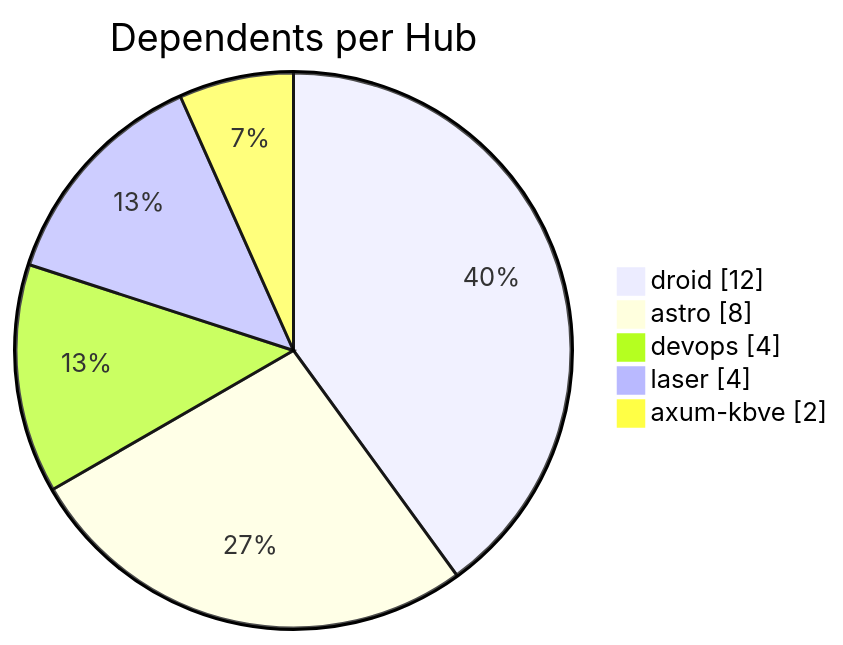
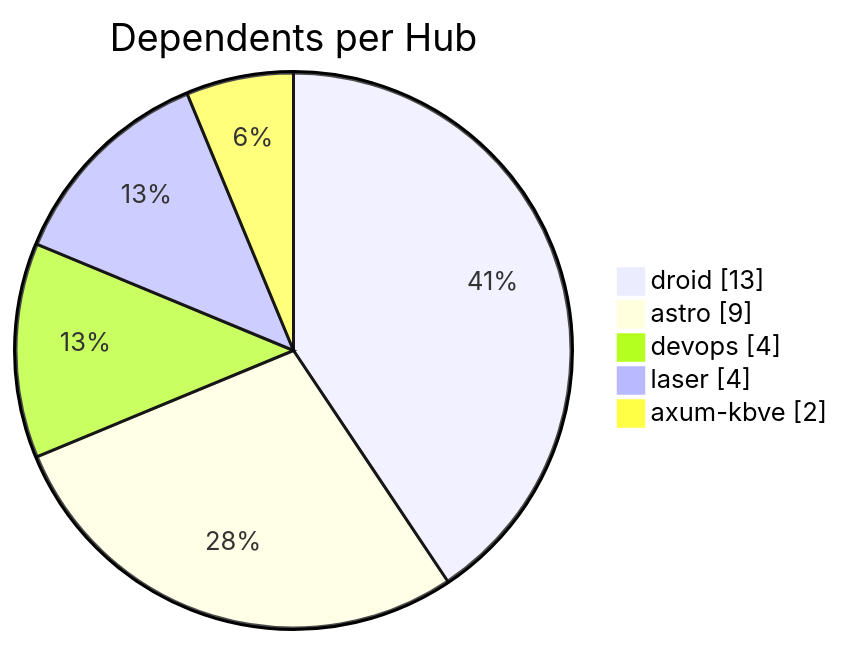
One commit to KBVE/kbve changed the second of 3 diagrams in apps/kbve/astro-kbve/src/content/docs/dashboard/graph.mdx. Above: the diagram before and after it, drawn with Mermaid. The commit also changed other lines of this file and 8 other files, not shown here.

````diff
--- a/apps/kbve/astro-kbve/src/content/docs/dashboard/graph.mdx
+++ b/apps/kbve/astro-kbve/src/content/docs/dashboard/graph.mdx
@@ -66,9 +66,9 @@
 ```mermaid
 pie showData
     title Dependents per Hub
-    "droid" : 12
-    "astro" : 8
+    "droid" : 13
+    "astro" : 9
     "devops" : 4
     "laser" : 4
     "axum-kbve" : 2
 ```
````
